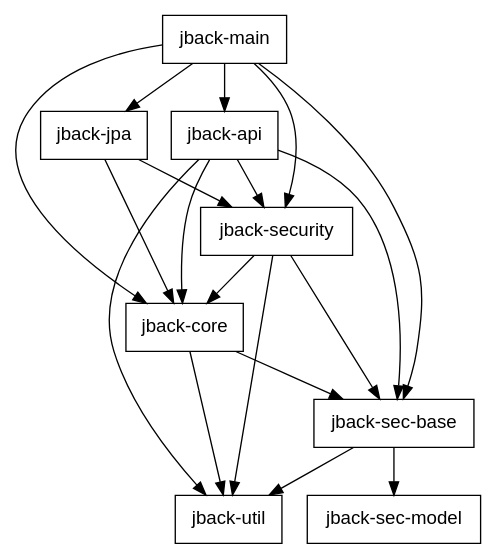
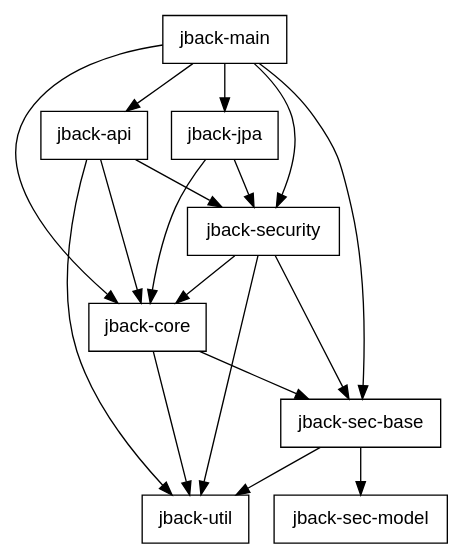
The diagram in graphviz/module-dependencies.dot (blaulaub/jback), drawn with Graphviz before and after one commit. The commit also changed 1 other file, not shown here.

Commit message:
jback-api no longer depends on jback-sec-base

```diff
--- a/graphviz/module-dependencies.dot
+++ b/graphviz/module-dependencies.dot
@@ -1,23 +1,22 @@
 digraph G {
 
   node [ shape="box", fontname="helvetica" ];
 
   "jback-main" -> "jback-api";
   "jback-main" -> "jback-core";
   "jback-main" -> "jback-jpa";
   "jback-main" -> "jback-sec-base";
   "jback-main" -> "jback-security";
   "jback-jpa" -> "jback-core";
   "jback-jpa" -> "jback-security";
   "jback-api" -> "jback-core";
-  "jback-api" -> "jback-sec-base";
   "jback-api" -> "jback-security";
   "jback-api" -> "jback-util";
   "jback-security" -> "jback-core";
   "jback-security" -> "jback-sec-base";
   "jback-security" -> "jback-util";
   "jback-core" -> "jback-sec-base";
   "jback-core" -> "jback-util";
   "jback-sec-base" -> "jback-sec-model";
   "jback-sec-base" -> "jback-util";
 }
```
